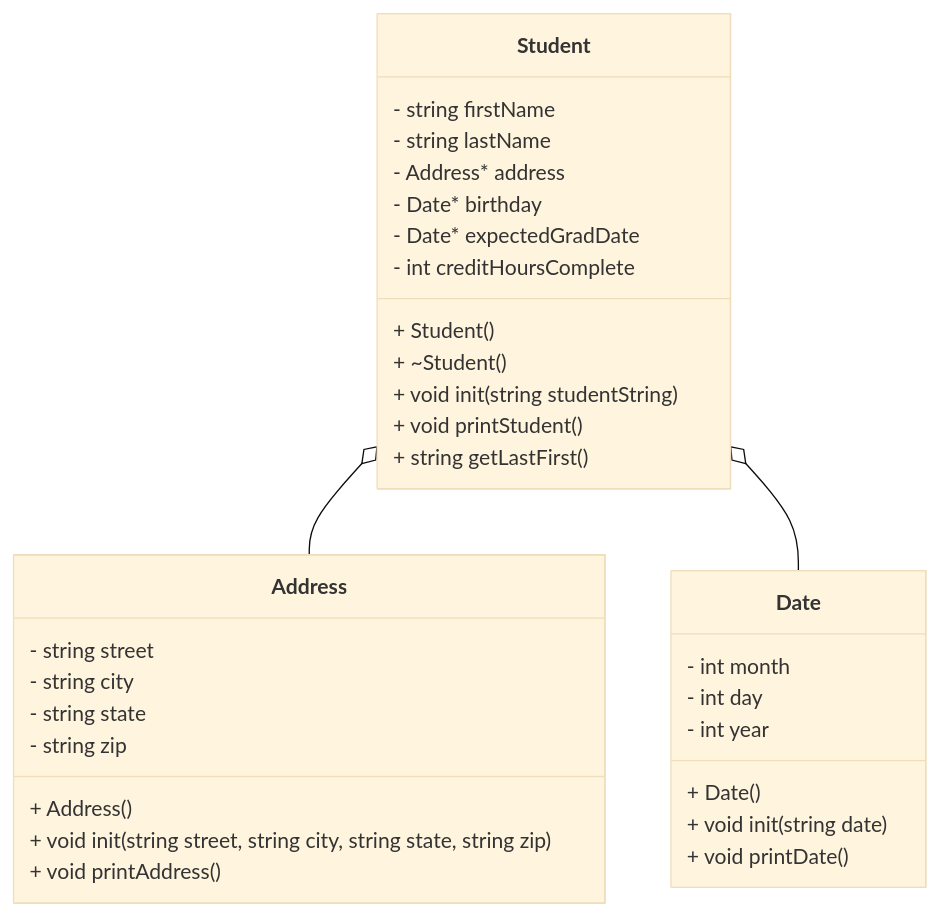
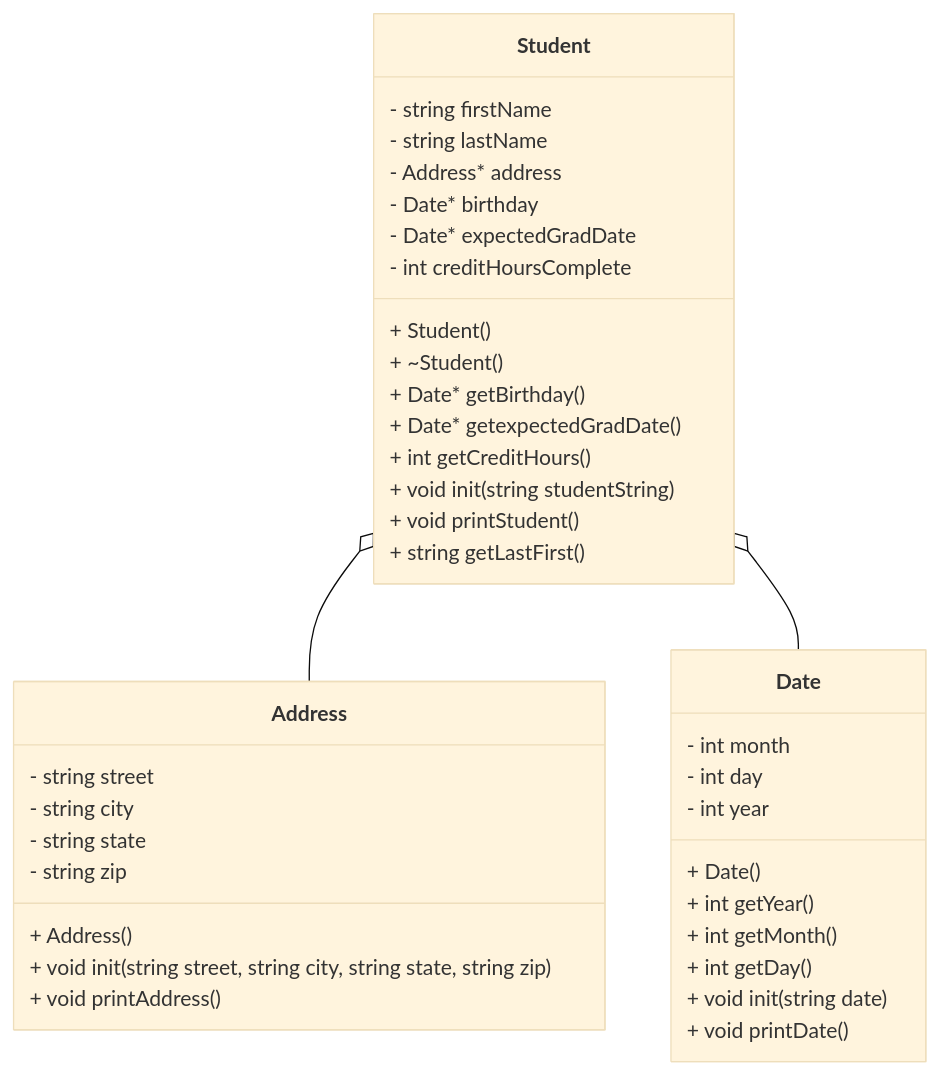
The diagram in studentHeap/README.md (Lord-Raymik/CS121_Lab6), drawn with Mermaid (base theme) before and after one commit. The commit also changed other lines of this file, not shown here.

````diff
--- a/studentHeap/README.md
+++ b/studentHeap/README.md
@@ -3,43 +3,49 @@
 ```mermaid
 classDiagram
 
     class Address {    
         - string street
         - string city
         - string state
         - string zip
 
         + Address()
         + void init(string street, string city, string state, string zip)
         + void printAddress()
     }
 
     class Date {
         - int month
         - int day
         - int year
 
         + Date()
+        + int getYear()
+        + int getMonth()
+        + int getDay()
         + void init(string date)
         + void printDate()
     }
 
     class Student {
         - string firstName
         - string lastName
         - Address* address
         - Date* birthday
         - Date* expectedGradDate
         - int creditHoursComplete
 
         + Student()
         + ~Student()
+        + Date* getBirthday()
+        + Date* getexpectedGradDate()
+        + int getCreditHours()
         + void init(string studentString)
         + void printStudent()
         + string getLastFirst() 
     }
 
     Student o-- Address
     Student o-- Date
 
 ```
````
